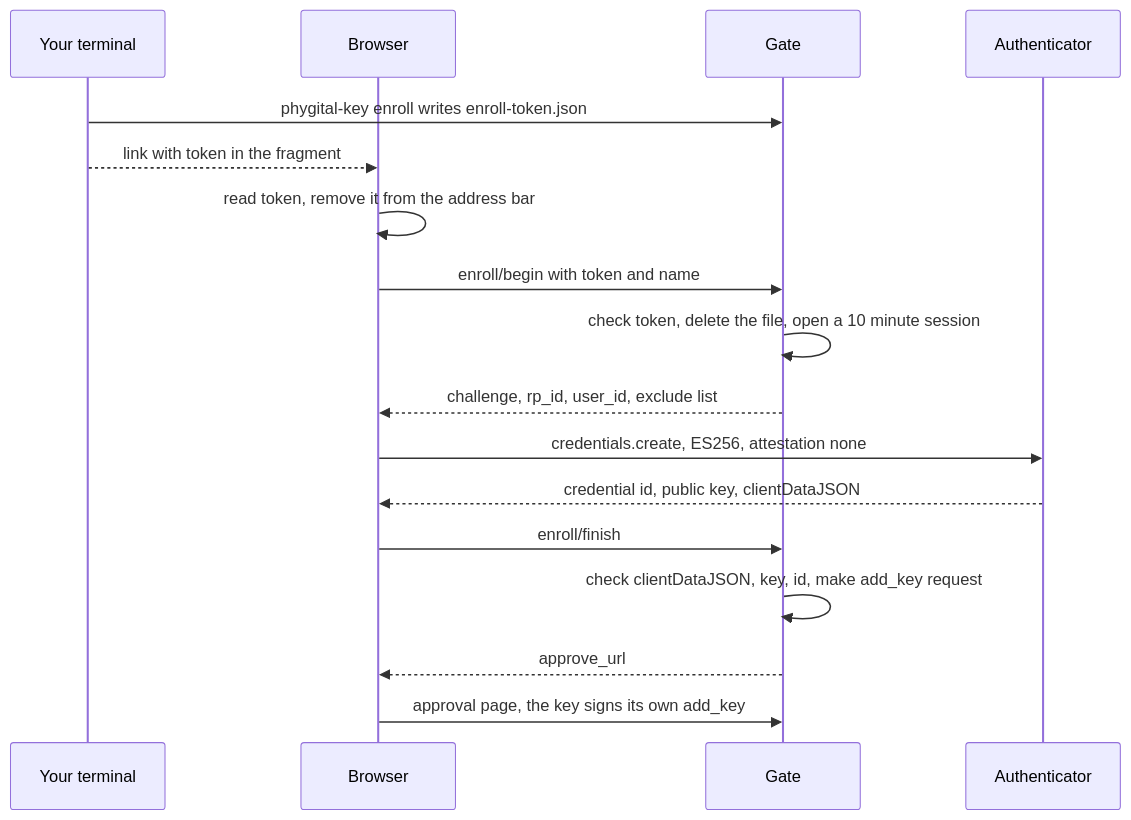
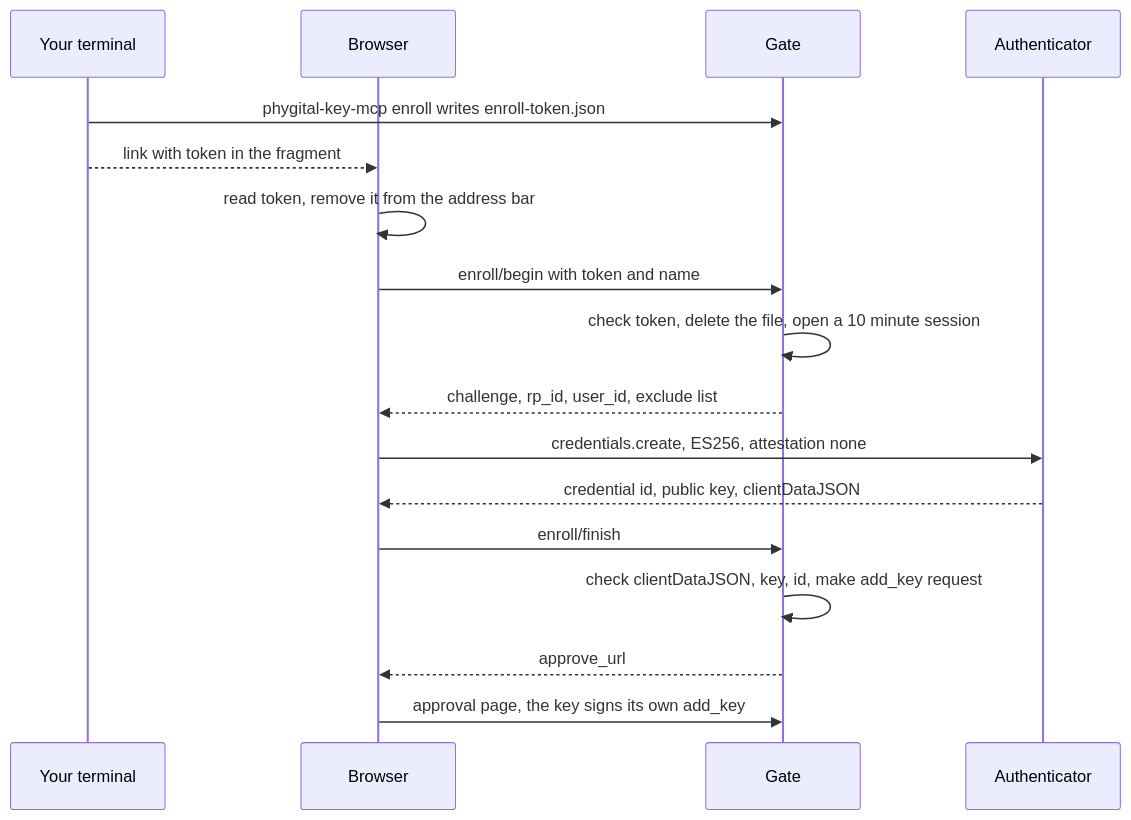
Before and after one commit to Phygital-Key/phygital-key: the fourth of 5 diagrams in docs/architecture.md, drawn with Mermaid. The commit also changed other lines of this file and 114 other files, not shown here.

Commit message:
Split into a shared base: the gate becomes the phygital-key-gate library (Product + Adapter), installers and release scripts become product templates; MCP moves to Phygital-Key/phygital-key-mcp, A2A is Phygital-Key/phygital-key-a2a; docs made product-neutral; v0.4.0

````diff
--- a/docs/architecture.md
+++ b/docs/architecture.md
@@ -254,19 +342,19 @@
 ```mermaid
 sequenceDiagram
     participant T as Your terminal
     participant B as Browser
     participant G as Gate
     participant K as Authenticator
-    T->>G: phygital-key enroll writes enroll-token.json
+    T->>G: phygital-key-mcp enroll writes enroll-token.json
     T-->>B: link with token in the fragment
     B->>B: read token, remove it from the address bar
     B->>G: enroll/begin with token and name
     G->>G: check token, delete the file, open a 10 minute session
     G-->>B: challenge, rp_id, user_id, exclude list
     B->>K: credentials.create, ES256, attestation none
     K-->>B: credential id, public key, clientDataJSON
     B->>G: enroll/finish
     G->>G: check clientDataJSON, key, id, make add_key request
     G-->>B: approve_url
     B->>G: approval page, the key signs its own add_key
 ```
````
